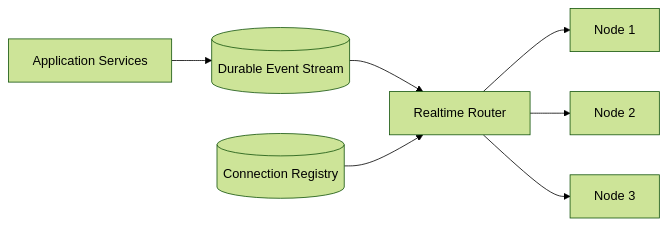
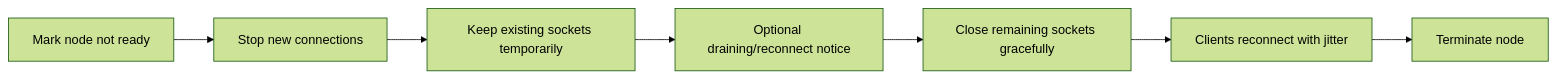
One commit to AvadhBhalodiya/Interview-Preparation changed the third of 4 diagrams in src/content/system-design/websocket-scaling.md. Above: the diagram before and after it, drawn with Mermaid (forest theme). The commit also changed other lines of this file and 54 other files, not shown here.

````diff
--- a/src/content/system-design/websocket-scaling.md
+++ b/src/content/system-design/websocket-scaling.md
@@ -516,9 +478,9 @@
 ```mermaid
 flowchart LR
-    Services[Application Services] --> Stream[(Durable Event Stream)]
-    Stream --> Router[Realtime Router]
-    Registry[(Connection Registry)] --> Router
-    Router --> N1[Node 1]
-    Router --> N2[Node 2]
-    Router --> N3[Node 3]
+    A[Mark node not ready] --> B[Stop new connections]
+    B --> C[Keep existing sockets temporarily]
+    C --> D[Optional draining/reconnect notice]
+    D --> E[Close remaining sockets gracefully]
+    E --> F[Clients reconnect with jitter]
+    F --> G[Terminate node]
 ```
````
